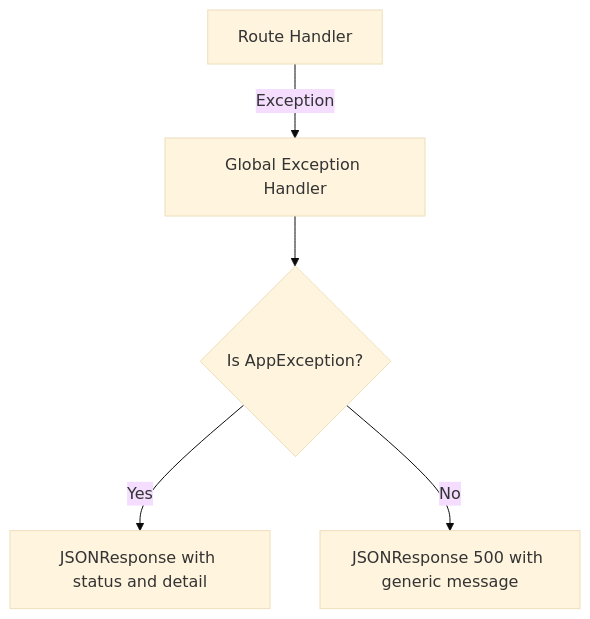
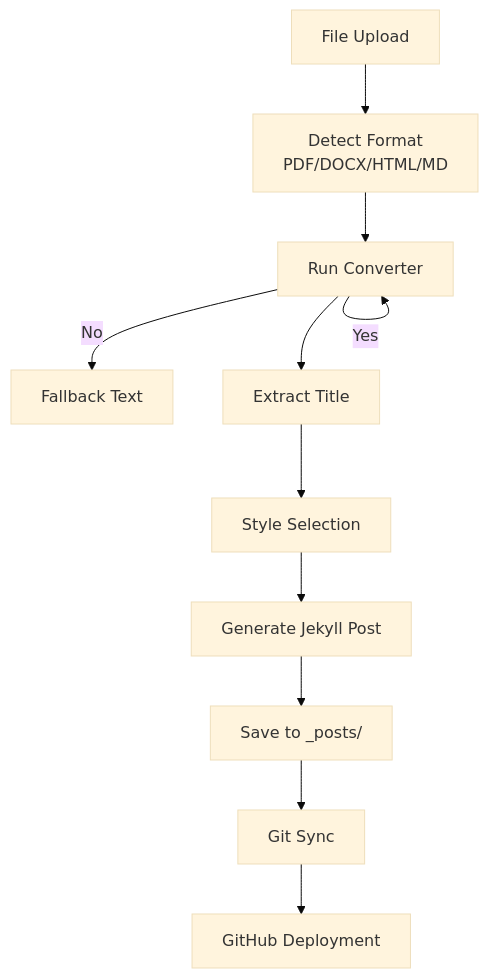
Before and after one commit to PolarisW007/PolaZhenJing: the fifth of 8 diagrams in .qoder/repowiki/en/content/Backend Application/Application Architecture.md, drawn with Mermaid (base theme). The commit also changed other lines of this file and 153 other files, not shown here.

````diff
--- a/.qoder/repowiki/en/content/Backend Application/Application Architecture.md
+++ b/.qoder/repowiki/en/content/Backend Application/Application Architecture.md
@@ -288,7 +209,13 @@
 ```mermaid
 flowchart TD
-Try["Route Handler"] --> |Exception| Catch["Global Exception Handler"]
-Catch --> Custom{"Is AppException?"}
-Custom --> |Yes| JSONResp["JSONResponse with status and detail"]
-Custom --> |No| SafeResp["JSONResponse 500 with generic message"]
+Upload["File Upload"] --> Detect["Detect Format<br/>PDF/DOCX/HTML/MD"]
+Detect --> Convert{"Conversion Available?"}
+Convert --> |Yes| Convert["Run Converter"]
+Convert --> |No| Fallback["Fallback Text"]
+Convert --> Title["Extract Title"]
+Title --> Style["Style Selection"]
+Style --> Generate["Generate Jekyll Post"]
+Generate --> Save["Save to _posts/"]
+Save --> Sync["Git Sync"]
+Sync --> Deploy["GitHub Deployment"]
 ```
````
